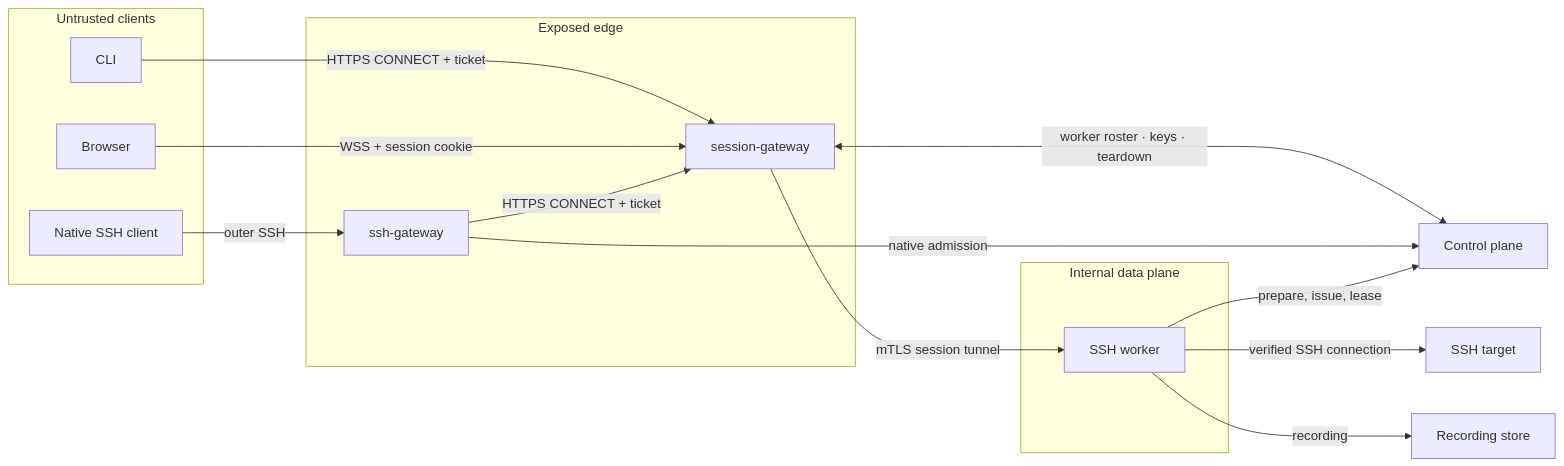
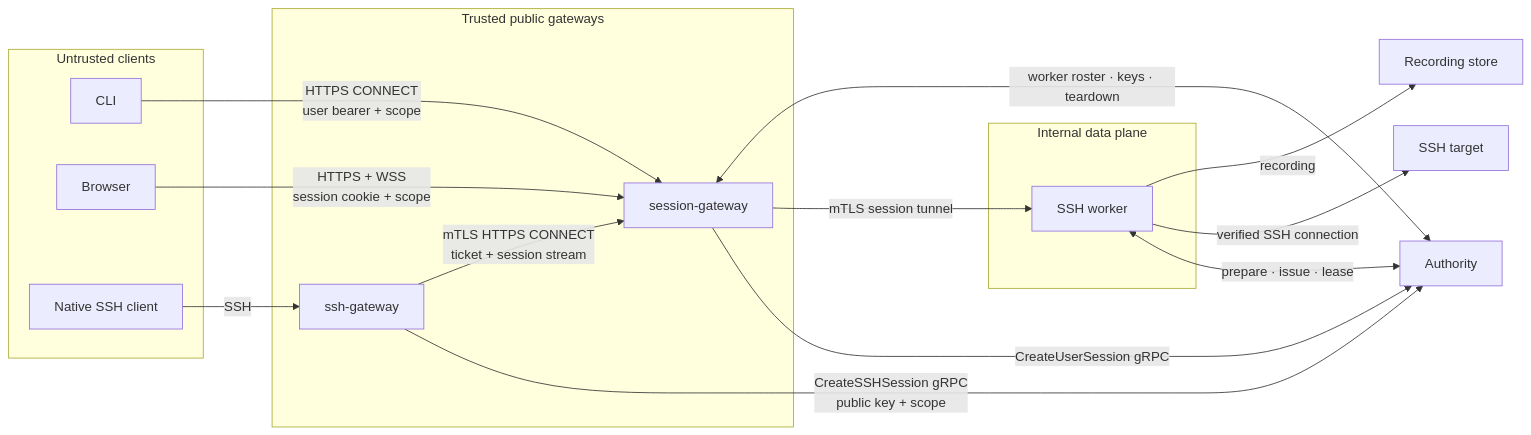
Before and after one commit to tidegate-dev/enhancements: the first of 4 diagrams in teps/0005-gateway-sessions/README.md, drawn with Mermaid. The commit also changed other lines of this file, not shown here.

Commit message:
docs: simplify gateway session trust model

````diff
--- a/teps/0005-gateway-sessions/README.md
+++ b/teps/0005-gateway-sessions/README.md
@@ -86,32 +98,33 @@
 ```mermaid
 flowchart LR
     subgraph clients["Untrusted clients"]
         cli["CLI"]
         browser["Browser"]
         ssh["Native SSH client"]
     end
 
-    subgraph edge["Exposed edge"]
+    subgraph edge["Trusted public gateways"]
         sessiongw["session-gateway"]
         sshgw["ssh-gateway"]
     end
 
     subgraph core["Internal data plane"]
         worker["SSH worker"]
     end
 
-    cp["Control plane"]
+    auth["Authority"]
     target["SSH target"]
     store["Recording store"]
 
-    cli -->|"HTTPS CONNECT + ticket"| sessiongw
-    browser -->|"WSS + session cookie"| sessiongw
-    ssh -->|"outer SSH"| sshgw
+    cli -->|"HTTPS CONNECT<br/>user bearer + scope"| sessiongw
+    browser -->|"HTTPS + WSS<br/>session cookie + scope"| sessiongw
+    ssh -->|"SSH"| sshgw
+    sessiongw -->|"CreateUserSession gRPC"| auth
+    sshgw -->|"CreateSSHSession gRPC<br/>public key + scope"| auth
+    sshgw -->|"mTLS HTTPS CONNECT<br/>ticket + session stream"| sessiongw
     sessiongw -->|"mTLS session tunnel"| worker
-    sshgw -->|"HTTPS CONNECT + ticket"| sessiongw
-    sessiongw <-->|"worker roster · keys · teardown"| cp
-    sshgw -->|"native admission"| cp
-    worker -->|"prepare, issue, lease"| cp
+    sessiongw <-->|"worker roster · keys · teardown"| auth
+    worker <-->|"prepare · issue · lease"| auth
     worker -->|"verified SSH connection"| target
     worker -->|"recording"| store
 ```
````
